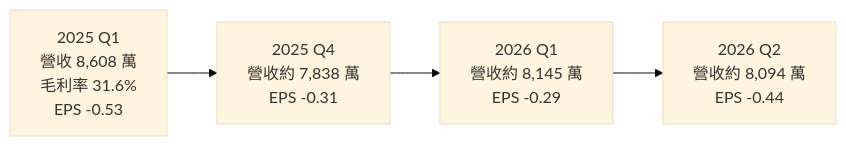
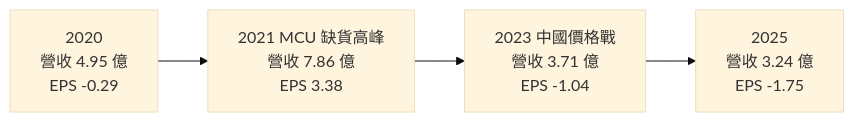
Before and after one commit to wangnick1004/taiwan-stock-vault: the third of 4 diagrams in 個股/台股/3122笙泉.md, drawn with Mermaid (base theme). The commit also changed other lines of this file and 142 other files, not shown here.

````diff
--- a/個股/台股/3122笙泉.md
+++ b/個股/台股/3122笙泉.md
@@ -131,4 +134,4 @@
 ```mermaid
 flowchart LR
-    Q1a["2025 Q1<br/>營收 8,608 萬<br/>毛利率 31.6%<br/>EPS -0.53"] --> Q4["2025 Q4<br/>營收約 7,838 萬<br/>EPS -0.31"] --> Q1["2026 Q1<br/>營收約 8,145 萬<br/>EPS -0.29"] --> Q2["2026 Q2<br/>營收約 8,094 萬<br/>EPS -0.44"]
+    Y20["2020<br/>營收 4.95 億<br/>EPS -0.29"] --> Y21["2021 MCU 缺貨高峰<br/>營收 7.86 億<br/>EPS 3.38"] --> Y23["2023 中國價格戰<br/>營收 3.71 億<br/>EPS -1.04"] --> Y25["2025<br/>營收 3.24 億<br/>EPS -1.75"]
 ```
````
